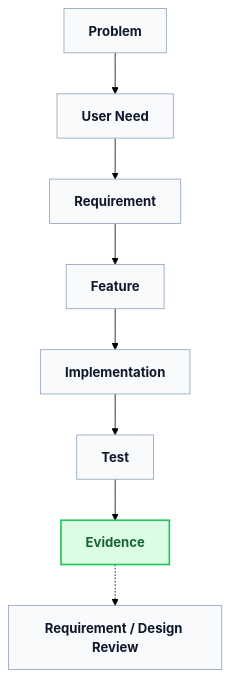
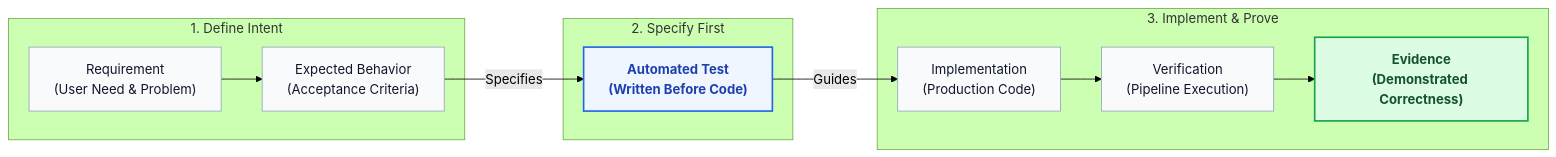
Before and after one commit to davidalbertstark-lab/Lenar: the first of 5 diagrams in docs/architecture/12-Testing-Quality.md, drawn with Mermaid (forest theme). The commit also changed other lines of this file and 28 other files, not shown here.

Commit message:
docs: system-wide diagram redesign for first-instance comprehension

````diff
--- a/docs/architecture/12-Testing-Quality.md
+++ b/docs/architecture/12-Testing-Quality.md
@@ -31,25 +33,26 @@
 ```mermaid
-flowchart TD
-    classDef step fill:#f8fafc,stroke:#94a3b8,stroke-width:1px,color:#0f172a,font-weight:bold
-    classDef evidence fill:#dcfce3,stroke:#22c55e,stroke-width:2px,color:#166534,font-weight:bold
+flowchart LR
+    classDef default fill:#f8fafc,stroke:#94a3b8,stroke-width:1px,color:#0f172a
+    classDef test fill:#eff6ff,stroke:#2563eb,stroke-width:2px,color:#1e40af,font-weight:bold
+    classDef evidence fill:#dcfce3,stroke:#16a34a,stroke-width:2px,color:#14532d,font-weight:bold
 
-    P[Problem]
-    UN[User Need]
-    R[Requirement]
-    F[Feature]
-    I[Implementation]
-    T[Test]
-    E[Evidence]
-    RDR[Requirement / Design Review]
-    
-    P --> UN
-    UN --> R
-    R --> F
-    F --> I
-    I --> T
-    T --> E
-    E -.-> RDR
-    
-    class P,UN,R,F,I,T,RDR step;
-    class E evidence;
+    subgraph Phase1 ["1. Define Intent"]
+        R["Requirement<br/>(User Need & Problem)"]
+        B["Expected Behavior<br/>(Acceptance Criteria)"]
+        R --> B
+    end
+
+    subgraph Phase2 ["2. Specify First"]
+        T["Automated Test<br/>(Written Before Code)"]:::test
+    end
+
+    subgraph Phase3 ["3. Implement & Prove"]
+        I["Implementation<br/>(Production Code)"]
+        V["Verification<br/>(Pipeline Execution)"]
+        E["Evidence<br/>(Demonstrated Correctness)"]:::evidence
+        I --> V --> E
+    end
+
+    B -->|"Specifies"| T
+    T -->|"Guides"| I
 ```
````
